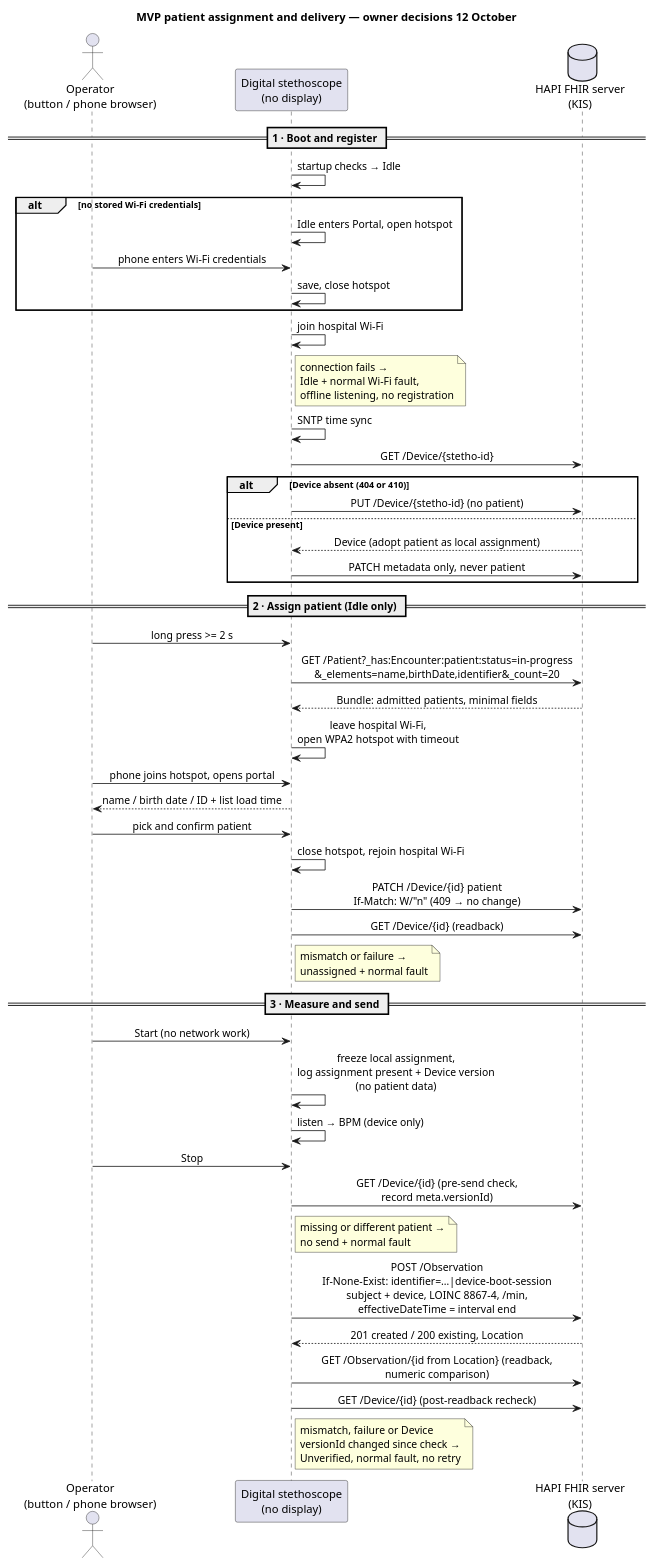
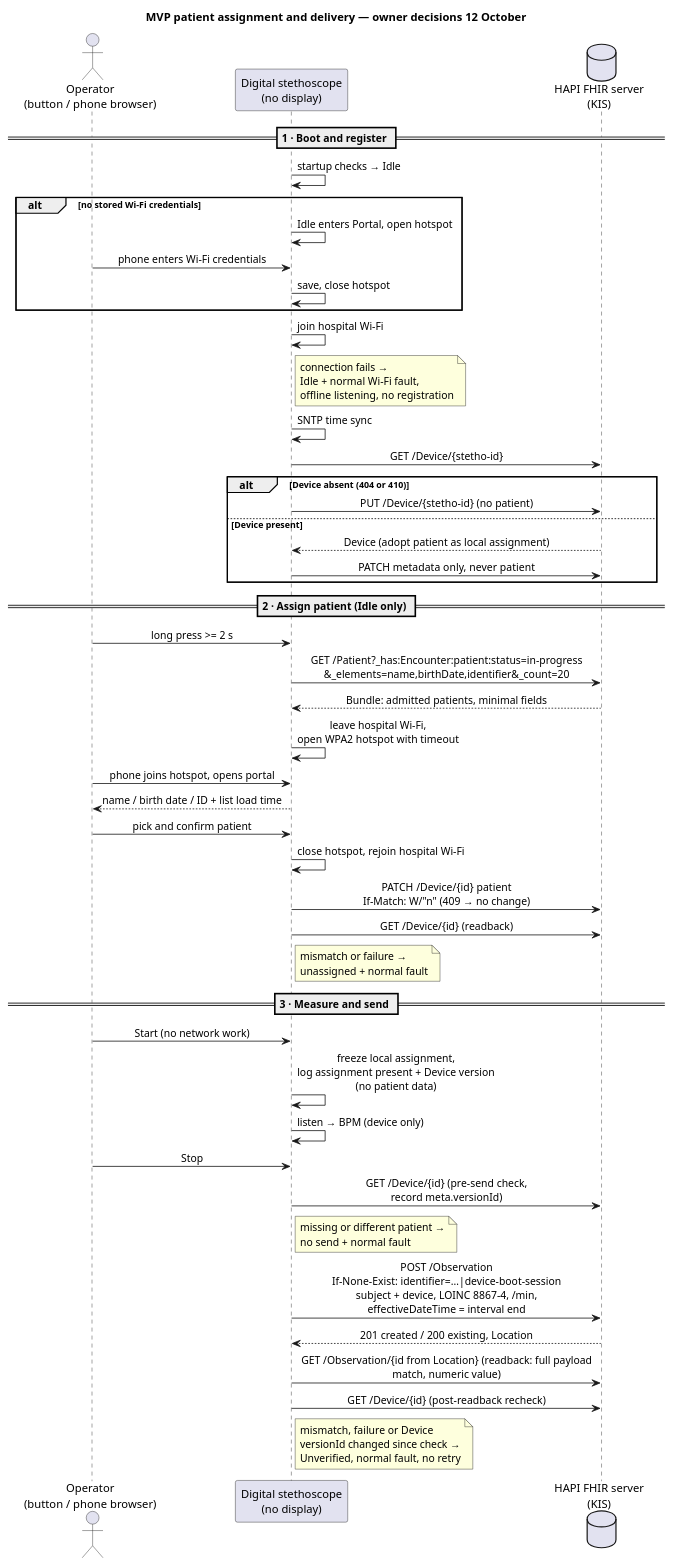
Before and after one commit to DemonicPsychoII/DigitalStethoscope: the diagram in Development/system/architecture/patient-assignment-workflow.puml, drawn with PlantUML. The commit also changed 6 other files, not shown here.

First line of the commit message:
Address review: full-payload readback, collision test, stale PUT

```diff
--- a/Development/system/architecture/patient-assignment-workflow.puml
+++ b/Development/system/architecture/patient-assignment-workflow.puml
@@ -1,53 +1,53 @@
 @startuml patient_assignment_workflow
 skinparam shadowing false
 skinparam defaultFontName SansSerif
 skinparam sequenceMessageAlign center
 title MVP patient assignment and delivery — owner decisions 12 October
 actor "Operator\n(button / phone browser)" as op
 participant "Digital stethoscope\n(no display)" as dev
 database "HAPI FHIR server\n(KIS)" as fhir
 
 == 1 · Boot and register ==
 dev -> dev : startup checks → Idle
 alt no stored Wi-Fi credentials
   dev -> dev : Idle enters Portal, open hotspot
   op -> dev : phone enters Wi-Fi credentials
   dev -> dev : save, close hotspot
 end
 dev -> dev : join hospital Wi-Fi
 note right of dev : connection fails →\nIdle + normal Wi-Fi fault,\noffline listening, no registration
 dev -> dev : SNTP time sync
 dev -> fhir : GET /Device/{stetho-id}
 alt Device absent (404 or 410)
   dev -> fhir : PUT /Device/{stetho-id} (no patient)
 else Device present
   fhir --> dev : Device (adopt patient as local assignment)
   dev -> fhir : PATCH metadata only, never patient
 end
 
 == 2 · Assign patient (Idle only) ==
 op -> dev : long press >= 2 s
 dev -> fhir : GET /Patient?_has:Encounter:patient:status=in-progress\n&_elements=name,birthDate,identifier&_count=20
 fhir --> dev : Bundle: admitted patients, minimal fields
 dev -> dev : leave hospital Wi-Fi,\nopen WPA2 hotspot with timeout
 op -> dev : phone joins hotspot, opens portal
 dev --> op : name / birth date / ID + list load time
 op -> dev : pick and confirm patient
 dev -> dev : close hotspot, rejoin hospital Wi-Fi
 dev -> fhir : PATCH /Device/{id} patient\nIf-Match: W/"n" (409 → no change)
 dev -> fhir : GET /Device/{id} (readback)
 note right of dev : mismatch or failure →\nunassigned + normal fault
 
 == 3 · Measure and send ==
 op -> dev : Start (no network work)
 dev -> dev : freeze local assignment,\nlog assignment present + Device version\n(no patient data)
 dev -> dev : listen → BPM (device only)
 op -> dev : Stop
 dev -> fhir : GET /Device/{id} (pre-send check,\nrecord meta.versionId)
 note right of dev : missing or different patient →\nno send + normal fault
 dev -> fhir : POST /Observation\nIf-None-Exist: identifier=…|device-boot-session\nsubject + device, LOINC 8867-4, /min,\neffectiveDateTime = interval end
 fhir --> dev : 201 created / 200 existing, Location
-dev -> fhir : GET /Observation/{id from Location} (readback,\nnumeric comparison)
+dev -> fhir : GET /Observation/{id from Location} (readback: full payload\nmatch, numeric value)
 dev -> fhir : GET /Device/{id} (post-readback recheck)
 note right of dev : mismatch, failure or Device\nversionId changed since check →\nUnverified, normal fault, no retry
 @enduml
```
